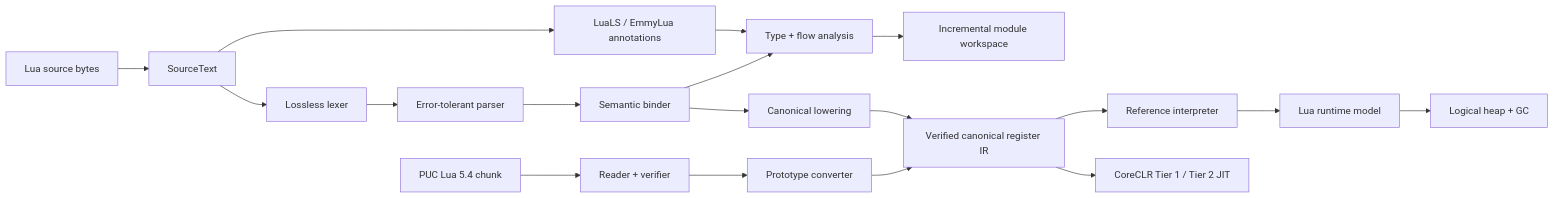
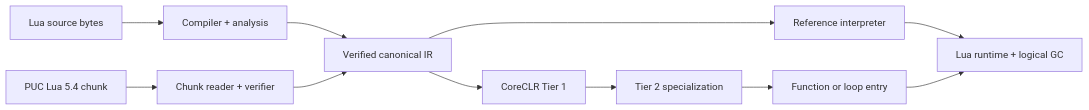
One commit to dlqw/Lunil changed the diagram in README.md. Above: the diagram before and after it, drawn with Mermaid. The commit also changed other lines of this file and 60 other files, not shown here.

First line of the commit message:
Unify numeric JIT specialization passes (#70)

````diff
--- a/README.md
+++ b/README.md
@@ -403,23 +174,13 @@
 ```mermaid
 flowchart LR
-    Source[Lua source bytes] --> Text[SourceText]
-    Text --> Lexer[Lossless lexer]
-    Lexer --> Parser[Error-tolerant parser]
-    Parser --> Binder[Semantic binder]
-    Text --> Annotation[LuaLS / EmmyLua annotations]
-    Annotation --> Analysis[Type + flow analysis]
-    Binder --> Analysis
-    Analysis --> Workspace[Incremental module workspace]
-    Binder --> Lowerer[Canonical lowering]
-
-    Chunk[PUC Lua 5.4 chunk] --> Reader[Reader + verifier]
-    Reader --> Converter[Prototype converter]
-
-    Lowerer --> IR[Verified canonical register IR]
-    Converter --> IR
+    Source[Lua source bytes] --> Compiler[Compiler + analysis]
+    Chunk[PUC Lua 5.4 chunk] --> Reader[Chunk reader + verifier]
+    Compiler --> IR[Verified canonical IR]
+    Reader --> IR
     IR --> Interpreter[Reference interpreter]
-    Interpreter --> Runtime[Lua runtime model]
-    Runtime --> Heap[Logical heap + GC]
-
-    IR --> JIT[CoreCLR Tier 1 / Tier 2 JIT]
+    IR --> Tier1[CoreCLR Tier 1]
+    Tier1 --> Tier2[Tier 2 specialization]
+    Tier2 --> Entry[Function or loop entry]
+    Interpreter --> Runtime[Lua runtime + logical GC]
+    Entry --> Runtime
 ```
````
